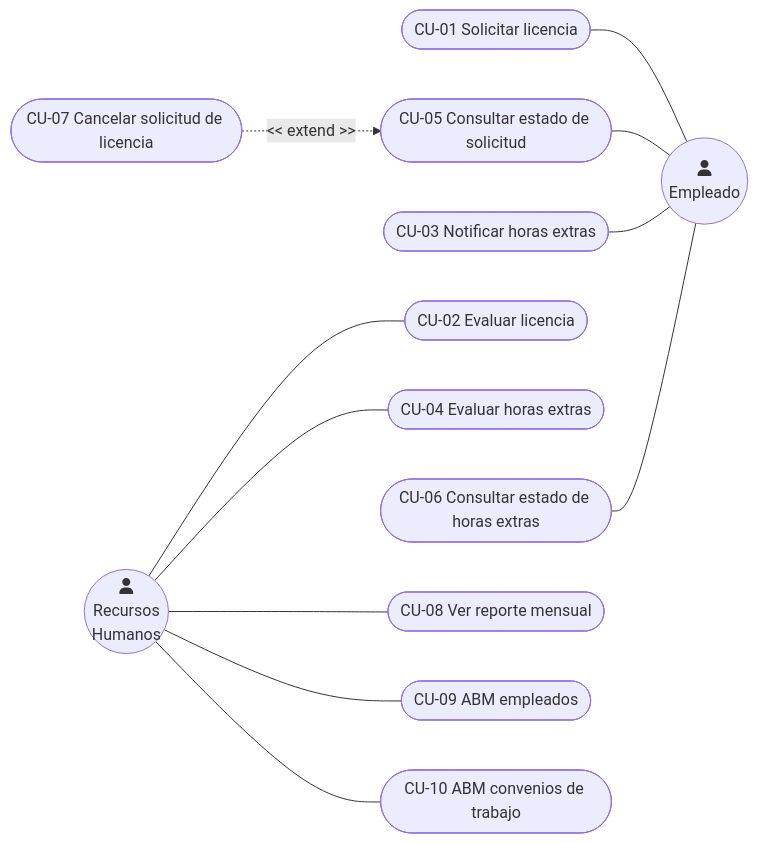
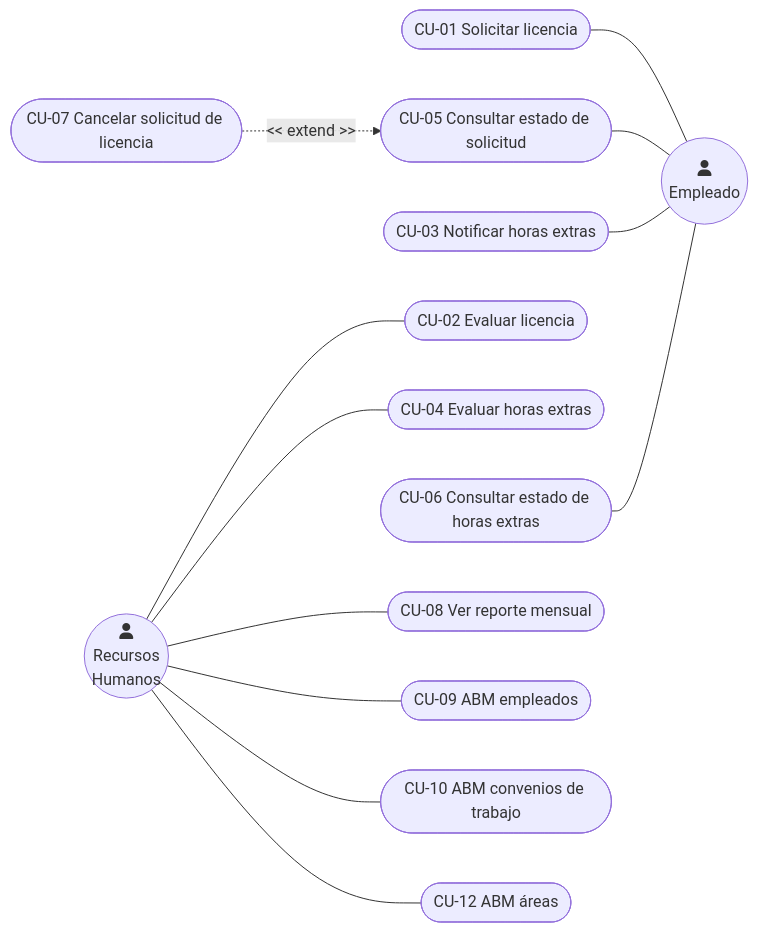
Before and after one commit to martinstanicio/humanresourcesdelta: the diagram in docs/casos-de-uso.md, drawn with Mermaid. The commit also changed other lines of this file, not shown here.

````diff
--- a/docs/casos-de-uso.md
+++ b/docs/casos-de-uso.md
@@ -16,29 +18,33 @@
 ```mermaid
 flowchart LR
     Empleado(("fa:fa-user\nEmpleado "))
     RRHH(("fa:fa-user\nRecursos \nHumanos "))
 
     CU-01(["CU-01 Solicitar licencia"])
     CU-02(["CU-02 Evaluar licencia"])
     CU-03(["CU-03 Notificar horas extras"])
     CU-04(["CU-04 Evaluar horas extras"])
     CU-05(["CU-05 Consultar estado de solicitud"])
     CU-06(["CU-06 Consultar estado de horas extras"])
     CU-07(["CU-07 Cancelar solicitud de licencia"])
     CU-08(["CU-08 Ver reporte mensual"])
     CU-09(["CU-09 ABM empleados"])
     CU-10(["CU-10 ABM convenios de trabajo"])
+    CU-12(["CU-12 ABM áreas"])
+    
+
 
     CU-01 --- Empleado
     CU-03 --- Empleado
     CU-05 --- Empleado
     CU-06 --- Empleado
 
     RRHH --- CU-02
     RRHH --- CU-04
     RRHH --- CU-08
     RRHH --- CU-09
     RRHH --- CU-10
+    RRHH --- CU-12
 
     CU-07 -. "<< extend >>" .-> CU-05
 ```
````
